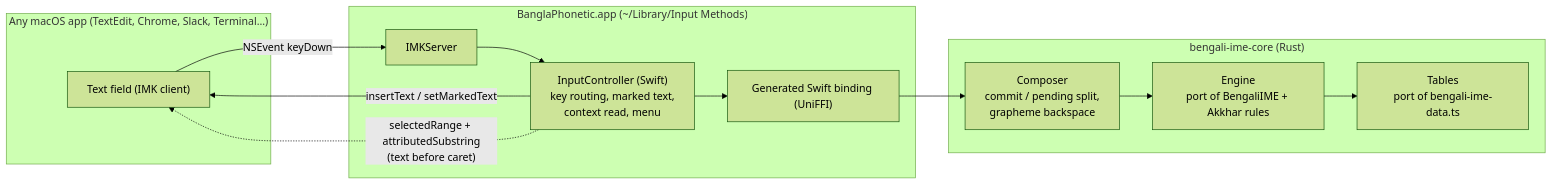
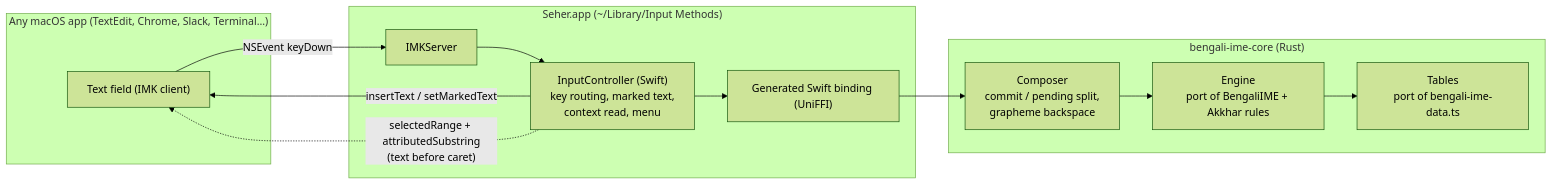
The diagram in docs/macos-input-source.md (ahamed/bengali-ime), drawn with Mermaid (forest theme) before and after one commit. The commit also changed other lines of this file and 22 other files, not shown here.

First line of the commit message:
Rename the macOS input source to Seher, with স as its menu bar icon

````diff
--- a/docs/macos-input-source.md
+++ b/docs/macos-input-source.md
@@ -42,20 +42,20 @@
 ```mermaid
 flowchart LR
   subgraph App["Any macOS app (TextEdit, Chrome, Slack, Terminal…)"]
     Field["Text field (IMK client)"]
   end
-  subgraph IM["BanglaPhonetic.app (~/Library/Input Methods)"]
+  subgraph IM["Seher.app (~/Library/Input Methods)"]
     Server["IMKServer"]
     Ctrl["InputController (Swift)<br/>key routing, marked text,<br/>context read, menu"]
     Bind["Generated Swift binding (UniFFI)"]
   end
   subgraph Rust["bengali-ime-core (Rust)"]
     Composer["Composer<br/>commit / pending split,<br/>grapheme backspace"]
     Engine["Engine<br/>port of BengaliIME + Akkhar rules"]
     Data["Tables<br/>port of bengali-ime-data.ts"]
   end
   Field -- "NSEvent keyDown" --> Server --> Ctrl
   Ctrl --> Bind --> Composer --> Engine --> Data
   Ctrl -- "insertText / setMarkedText" --> Field
   Ctrl -. "selectedRange + attributedSubstring<br/>(text before caret)" .-> Field
 ```
````
